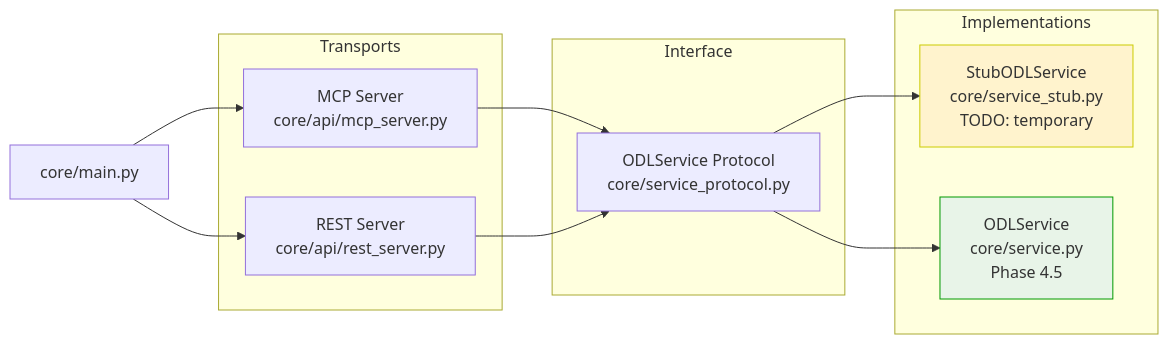
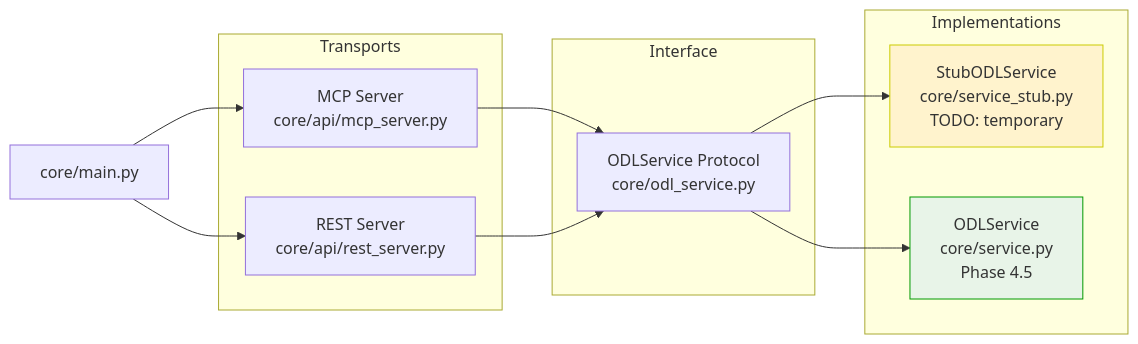
The second of 2 diagrams in plans/plan.md (igorvolk1961/gov_data_layer), drawn with Mermaid before and after one commit. The commit also changed other lines of this file and 10 other files, not shown here.

First line of the commit message:
Phase 4: ODLService layer with SourceAdapter protocol extensions

````diff
--- a/plans/plan.md
+++ b/plans/plan.md
@@ -275,22 +275,22 @@
 ```mermaid
 flowchart LR
     subgraph Transports
         MCP["MCP Server<br/>core/api/mcp_server.py"]
         REST["REST Server<br/>core/api/rest_server.py"]
     end
     subgraph Interface
-        Proto["ODLService Protocol<br/>core/service_protocol.py"]
+        Proto["ODLService Protocol<br/>core/odl_service.py"]
     end
     subgraph Implementations
         Stub["StubODLService<br/>core/service_stub.py<br/>TODO: temporary"]
         Real["ODLService<br/>core/service.py<br/>Phase 4.5"]
     end
     Main["core/main.py"] --> MCP
     Main --> REST
     MCP --> Proto
     REST --> Proto
     Proto --> Stub
     Proto --> Real
     style Stub fill:#fff3cd,stroke:#cc0
     style Real fill:#e8f4e8,stroke:#090
 ```
````
